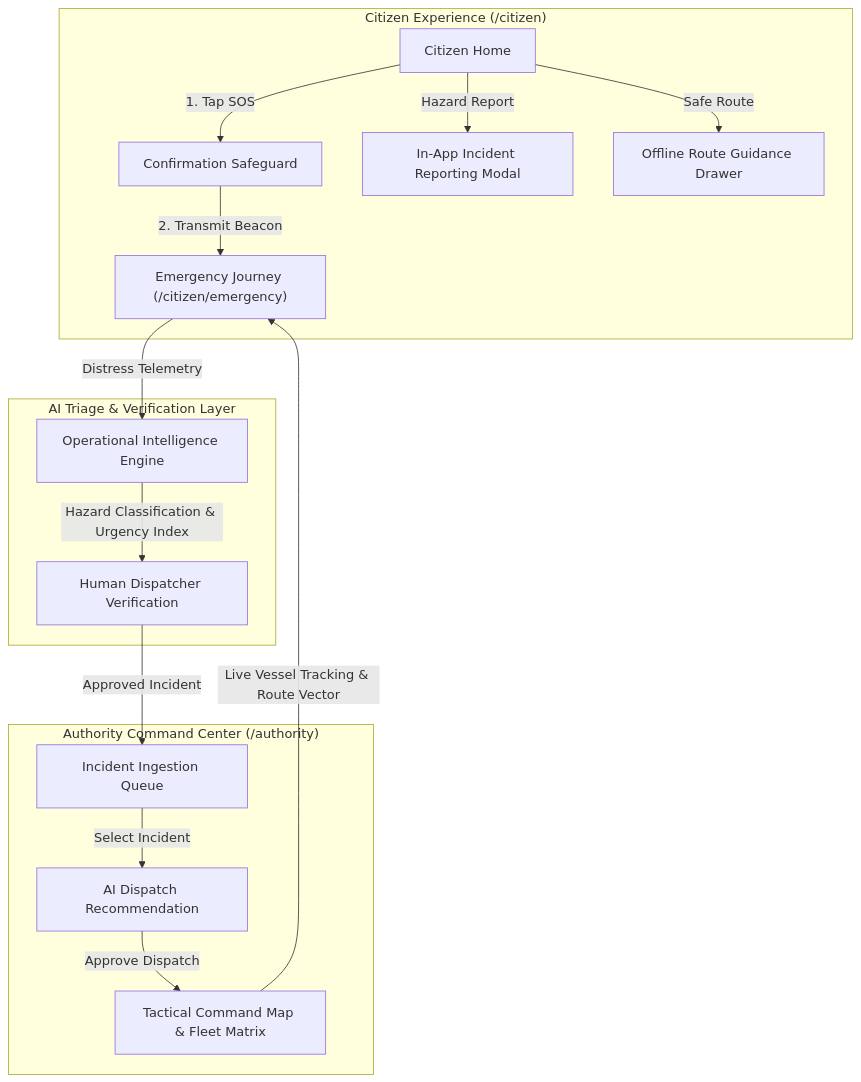
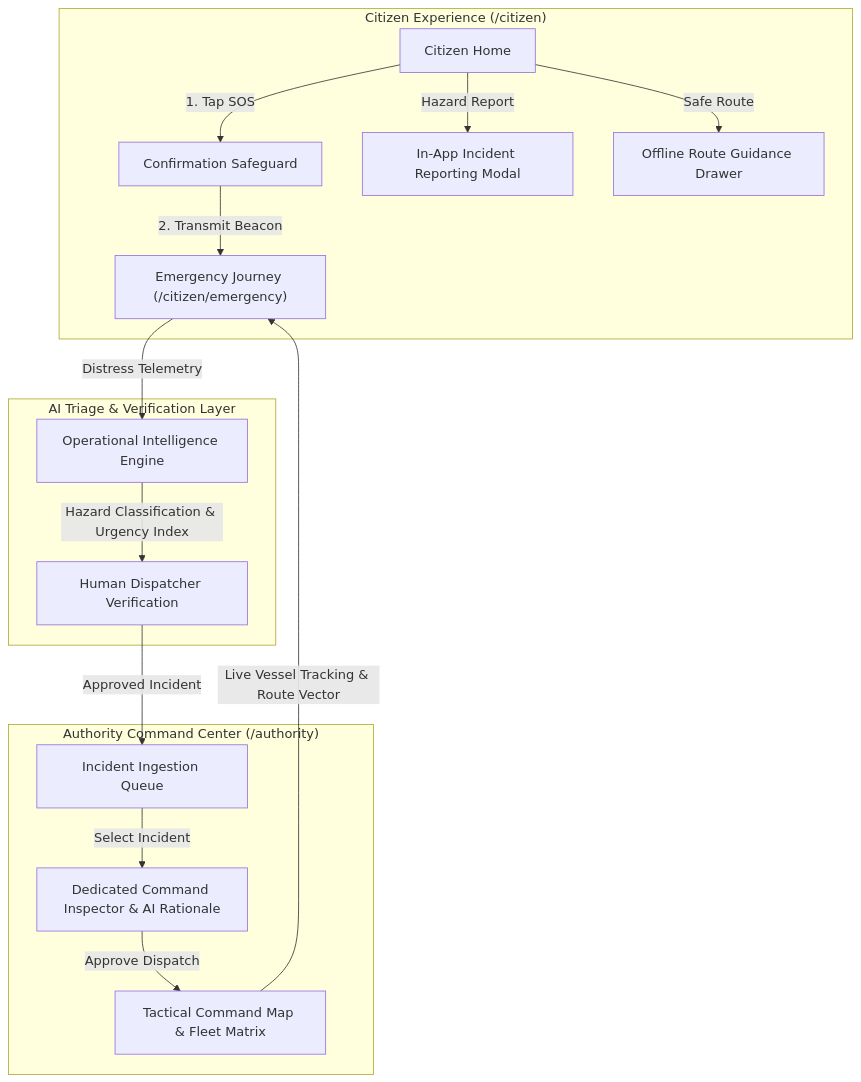
The diagram in README.md (pritesh-4/SIH-2026---SALVUS), drawn with Mermaid before and after one commit. The commit also changed other lines of this file and 4 other files, not shown here.

````diff
--- a/README.md
+++ b/README.md
@@ -52,21 +54,21 @@
 ```mermaid
 flowchart TD
     subgraph Citizen_Experience ["Citizen Experience (/citizen)"]
         C["Citizen Home"] -->|"1. Tap SOS"| Modal["Confirmation Safeguard"]
         Modal -->|"2. Transmit Beacon"| Emg["Emergency Journey (/citizen/emergency)"]
         C -->|"Hazard Report"| Report["In-App Incident Reporting Modal"]
         C -->|"Safe Route"| Map["Offline Route Guidance Drawer"]
     end
 
     subgraph AI_Layer ["AI Triage & Verification Layer"]
         Emg -->|"Distress Telemetry"| AI["Operational Intelligence Engine"]
         AI -->|"Hazard Classification & Urgency Index"| Verif["Human Dispatcher Verification"]
     end
 
     subgraph Authority_Center ["Authority Command Center (/authority)"]
         Verif -->|"Approved Incident"| Queue["Incident Ingestion Queue"]
-        Queue -->|"Select Incident"| Triage["AI Dispatch Recommendation"]
+        Queue -->|"Select Incident"| Triage["Dedicated Command Inspector & AI Rationale"]
         Triage -->|"Approve Dispatch"| Fleet["Tactical Command Map & Fleet Matrix"]
         Fleet -->|"Live Vessel Tracking & Route Vector"| Emg
     end
 ```
````
